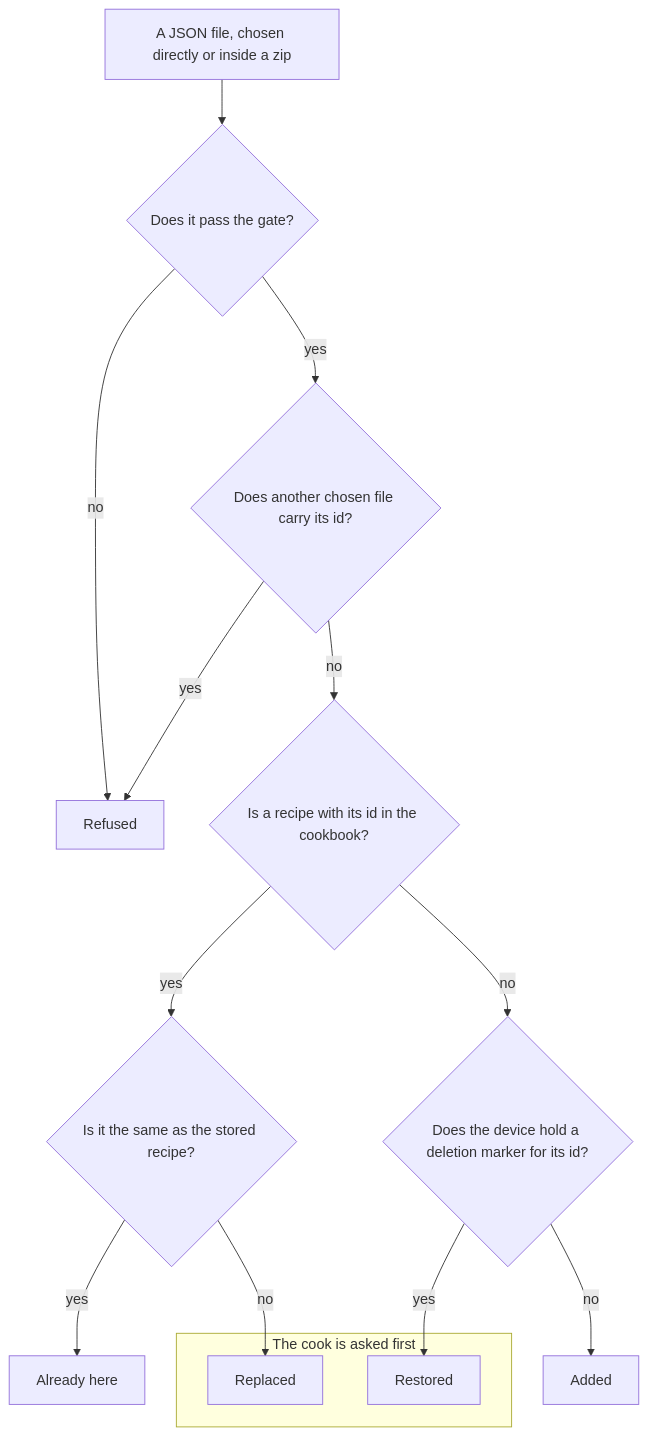
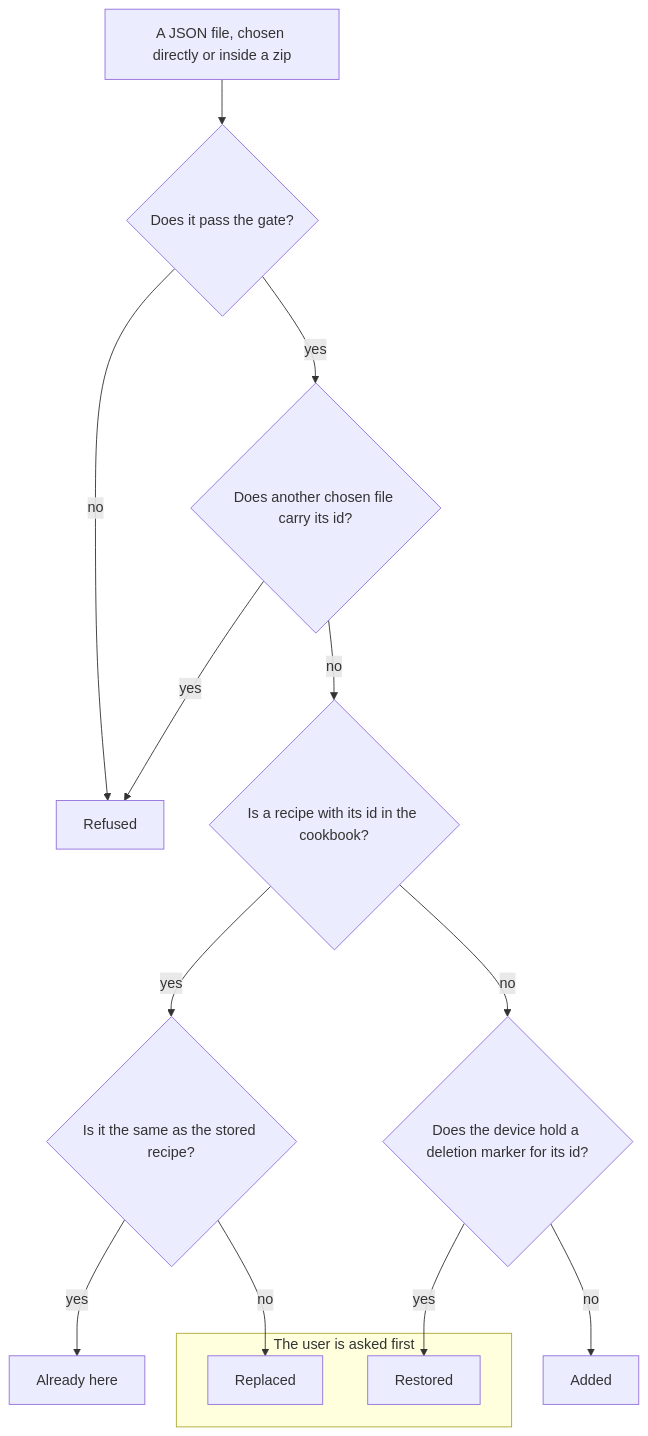
One commit to sebbogle/rosa changed the diagram in docs/architecture/export-and-import.md. Above: the diagram before and after it, drawn with Mermaid. The commit also changed other lines of this file and 36 other files, not shown here.

Commit message:
Call the person using Rosa a user, not a cook

````diff
--- a/docs/architecture/export-and-import.md
+++ b/docs/architecture/export-and-import.md
@@ -21,29 +21,29 @@
 ```mermaid
 flowchart TD
     file[A JSON file, chosen directly or inside a zip]
     gate{Does it pass the gate?}
     twice{Does another chosen file carry its id?}
     held{Is a recipe with its id in the cookbook?}
     same{Is it the same as the stored recipe?}
     marker{Does the device hold a deletion marker for its id?}
     refused[Refused]
     here[Already here]
     added[Added]
 
-    subgraph asked[The cook is asked first]
+    subgraph asked[The user is asked first]
         replaced[Replaced]
         restored[Restored]
     end
 
     file --> gate
     gate -- no --> refused
     gate -- yes --> twice
     twice -- yes --> refused
     twice -- no --> held
     held -- yes --> same
     held -- no --> marker
     same -- yes --> here
     same -- no --> replaced
     marker -- yes --> restored
     marker -- no --> added
 ```
````
